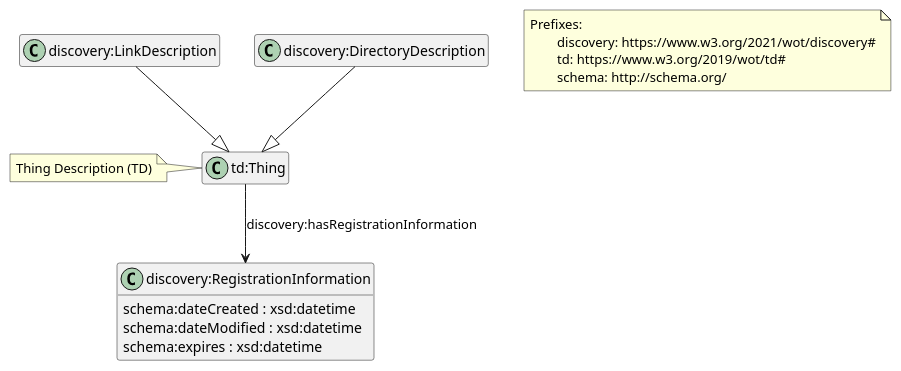
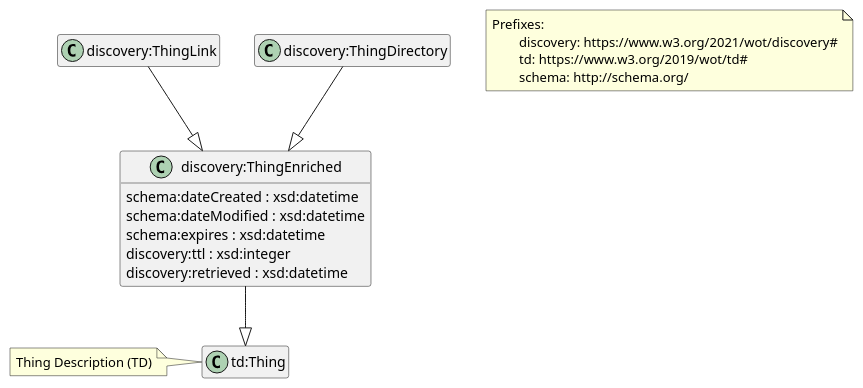
The diagram in images/directory-td-class-diagram.puml (w3c/wot-discovery), drawn with PlantUML before and after one commit.

```diff
--- a/images/directory-td-class-diagram.puml
+++ b/images/directory-td-class-diagram.puml
@@ -1,25 +1,27 @@
 @startuml
 hide members
 class "td:Thing"
 
-class "discovery:RegistrationInformation" {
+class "discovery:ThingEnriched" {
   schema:dateCreated : xsd:datetime
   schema:dateModified : xsd:datetime
   schema:expires : xsd:datetime
+  discovery:ttl : xsd:integer
+  discovery:retrieved : xsd:datetime
 }
 
 
 note left of "td:Thing" 
   Thing Description (TD)
 end note
 
 
-"td:Thing" --> "discovery:RegistrationInformation" : "discovery:hasRegistrationInformation"
 
 
-"discovery:LinkDescription" --|> "td:Thing"
-"discovery:DirectoryDescription" --|> "td:Thing"
+"discovery:ThingEnriched" --|> "td:Thing"
+"discovery:ThingLink" --|> "discovery:ThingEnriched"
+"discovery:ThingDirectory" --|> "discovery:ThingEnriched"
 
-show "discovery:RegistrationInformation" attributes
+show "discovery:ThingEnriched" attributes
 note "Prefixes:\n\tdiscovery: https://www.w3.org/2021/wot/discovery#\n\ttd: https://www.w3.org/2019/wot/td#\n\tschema: http://schema.org/" as N1
 @enduml
```
